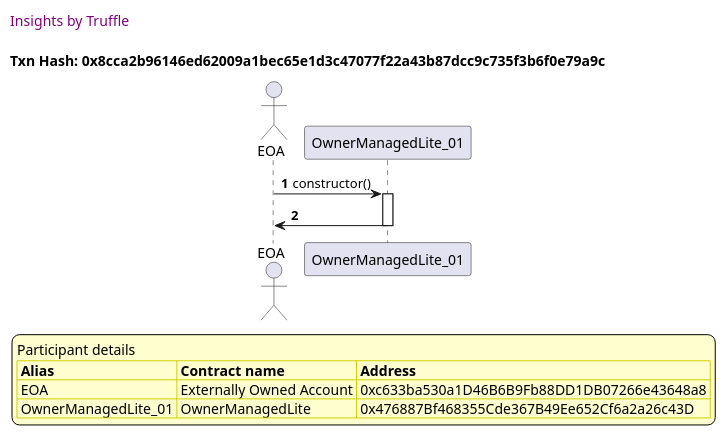
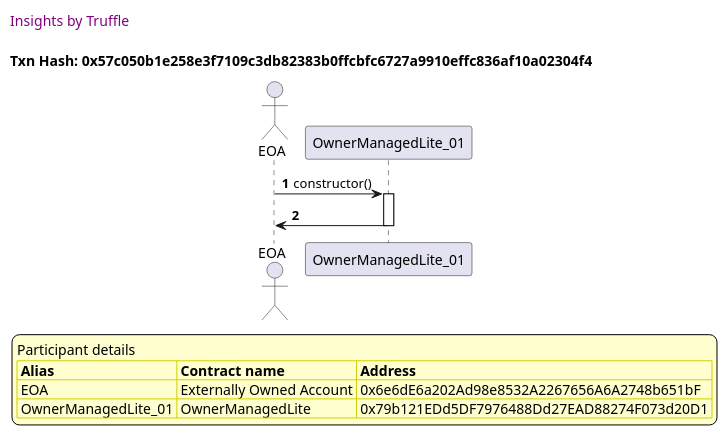
One commit to thedarkjester/ConsensysAssignment changed diagram 16 of 26 in truffle-seq/OwnerManagedLite_test_add_owner.md. Above: the diagram before and after it, drawn with PlantUML. The commit also changed other lines of this file and 13 other files, not shown here.

````diff
--- a/truffle-seq/OwnerManagedLite_test_add_owner.md
+++ b/truffle-seq/OwnerManagedLite_test_add_owner.md
@@ -755,37 +739,37 @@
 ```plantuml
 
 
 @startuml
 
 autonumber
 skinparam legendBackgroundColor #FEFECE
 
 <style>
       header {
         HorizontalAlignment left
         FontColor purple
         FontSize 14
         Padding 10
       }
     </style>
 
 header Insights by Truffle
 
-title Txn Hash: 0x8cca2b96146ed62009a1bec65e1d3c47077f22a43b87dcc9c735f3b6f0e79a9c
+title Txn Hash: 0x57c050b1e258e3f7109c3db82383b0ffcbfc6727a9910effc836af10a02304f4
 
 
 actor EOA as "EOA"
 participant OwnerManagedLite_01 as "OwnerManagedLite_01"
 
 "EOA" -> "OwnerManagedLite_01" ++: constructor()
 "OwnerManagedLite_01" -> "EOA" --: 
 
 legend
 Participant details
 <#FEFECE,#D0D000>|= Alias |= Contract name |= Address |
-<#FEFECE>| EOA | Externally Owned Account | 0xc633ba530a1D46B6B9Fb88DD1DB07266e43648a8 |
-<#FEFECE>| OwnerManagedLite_01 | OwnerManagedLite | 0x476887Bf468355Cde367B49Ee652Cf6a2a26c43D |
+<#FEFECE>| EOA | Externally Owned Account | 0x6e6dE6a202Ad98e8532A2267656A6A2748b651bF |
+<#FEFECE>| OwnerManagedLite_01 | OwnerManagedLite | 0x79b121EDd5DF7976488Dd27EAD88274F073d20D1 |
 endlegend
 
 @enduml
 ```
````
